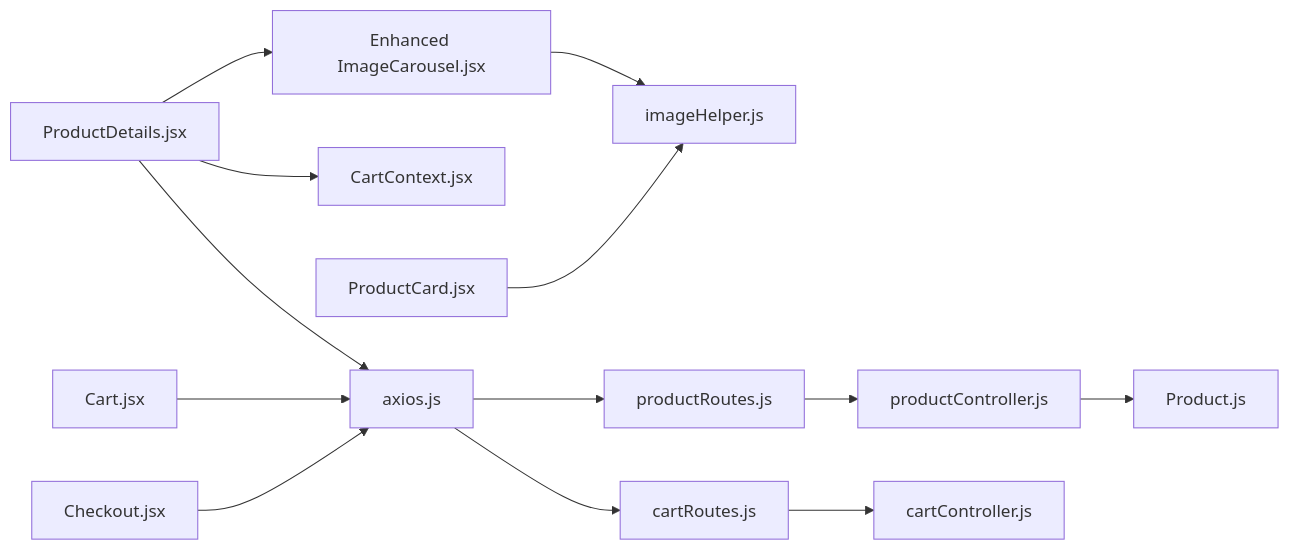
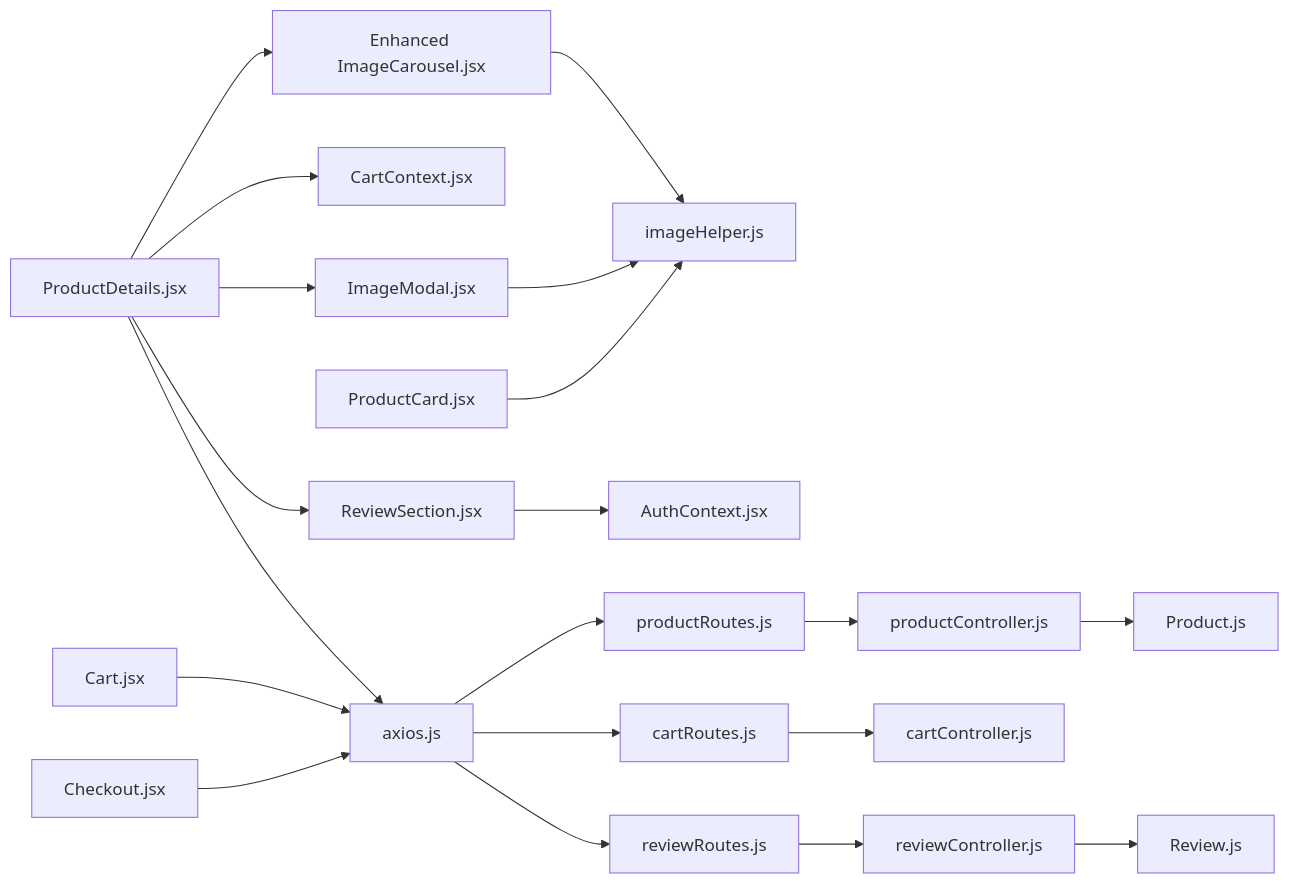
Before and after one commit to Pavan-PSPK9032/TrendsandToss: the fifth of 5 diagrams in .qoder/repowiki/en/content/Shopping Experience/Product Details & Selection.md, drawn with Mermaid. The commit also changed other lines of this file and 5 other files, not shown here.

````diff
--- a/.qoder/repowiki/en/content/Shopping Experience/Product Details & Selection.md
+++ b/.qoder/repowiki/en/content/Shopping Experience/Product Details & Selection.md
@@ -406,15 +541,22 @@
 ```mermaid
 graph LR
 PD["ProductDetails.jsx"] --> AX["axios.js"]
 PD --> CTX["CartContext.jsx"]
 PD --> IC["Enhanced ImageCarousel.jsx"]
+PD --> IM["ImageModal.jsx"]
+PD --> RS["ReviewSection.jsx"]
 IC --> IMGU["imageHelper.js"]
+IM --> IMGU
+RS --> AUTH["AuthContext.jsx"]
 PS["ProductCard.jsx"] --> IMGU
 AX --> PRR["productRoutes.js"]
 AX --> CRR["cartRoutes.js"]
+AX --> RR["reviewRoutes.js"]
 PRR --> PRCTRL["productController.js"]
 CRR --> CRTCTRL["cartController.js"]
+RR --> RC["reviewController.js"]
 PRCTRL --> PM["Product.js"]
+RC --> RM["Review.js"]
 CART["Cart.jsx"] --> AX
 CHK["Checkout.jsx"] --> AX
 ```
````
